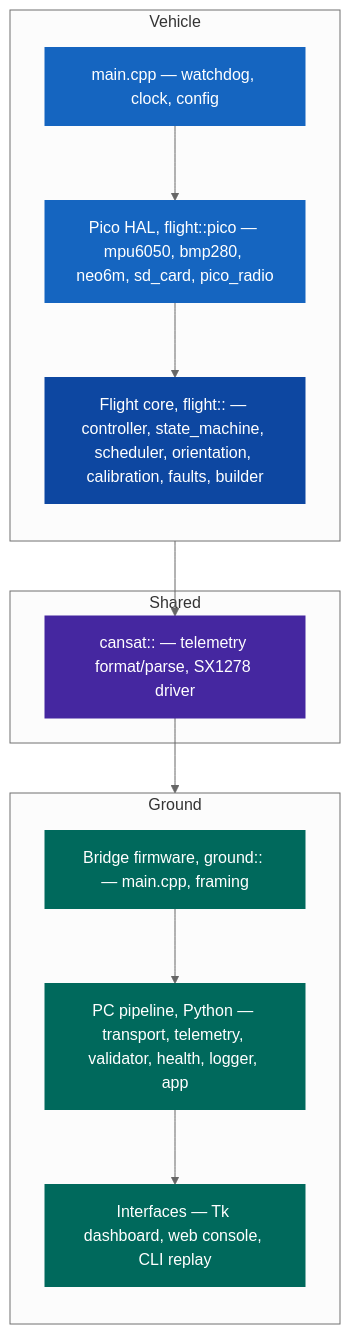
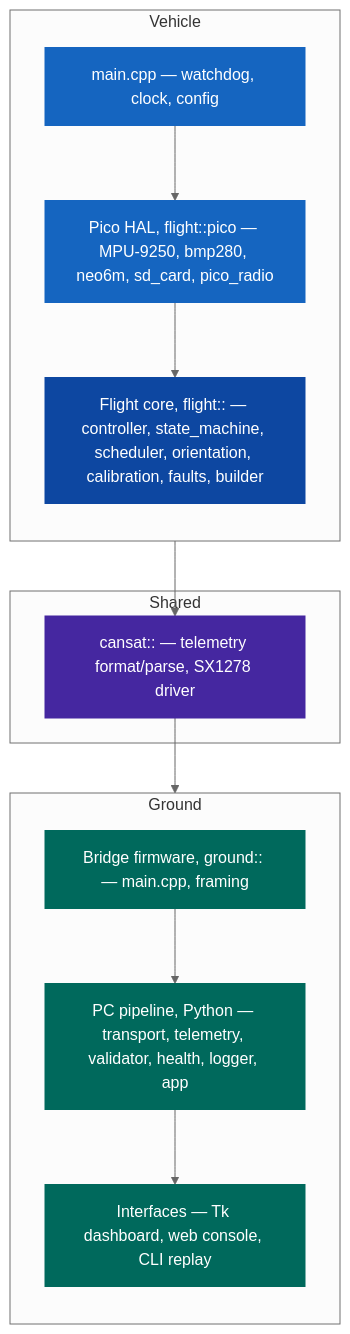
Before and after one commit to KunjSorathiya/CanSat-2026: the first of 9 diagrams in documentation/design/software-architecture.md, drawn with Mermaid (neutral theme). The commit also changed other lines of this file and 83 other files, not shown here.

````diff
--- a/documentation/design/software-architecture.md
+++ b/documentation/design/software-architecture.md
@@ -42,32 +42,32 @@
 ```mermaid
 flowchart TB
     subgraph V["Vehicle"]
         direction TB
         VM["main.cpp — watchdog, clock, config"]
-        VH["Pico HAL, flight::pico — mpu6050, bmp280, neo6m, sd_card, pico_radio"]
+        VH["Pico HAL, flight::pico — MPU-9250, bmp280, neo6m, sd_card, pico_radio"]
         VC["Flight core, flight:: — controller, state_machine, scheduler, orientation, calibration, faults, builder"]
     end
 
     subgraph S["Shared"]
         SC["cansat:: — telemetry format/parse, SX1278 driver"]
     end
 
     subgraph G["Ground"]
         direction TB
         GB["Bridge firmware, ground:: — main.cpp, framing"]
         GP["PC pipeline, Python — transport, telemetry, validator, health, logger, app"]
         GU["Interfaces — Tk dashboard, web console, CLI replay"]
     end
 
     VM --> VH --> VC --> SC
     SC --> GB --> GP --> GU
 
     classDef core fill:#0d47a1,stroke:#0d47a1,color:#fff
     classDef hal fill:#1565c0,stroke:#1565c0,color:#fff
     classDef shared fill:#4527a0,stroke:#4527a0,color:#fff
     classDef ground fill:#00695c,stroke:#00695c,color:#fff
     class VC core
     class VH,VM hal
     class SC shared
     class GB,GP,GU ground
 ```
````
